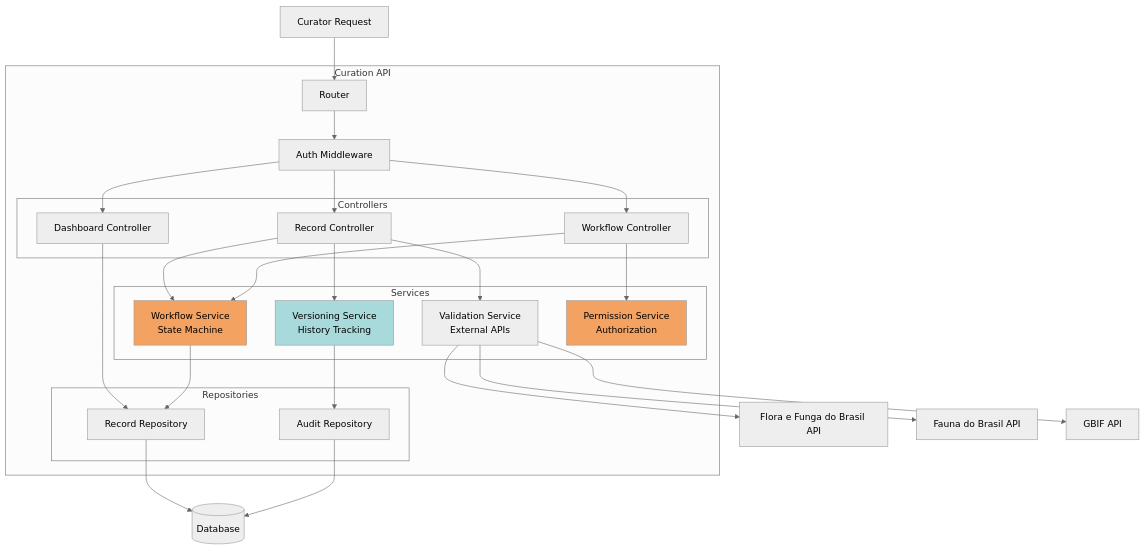
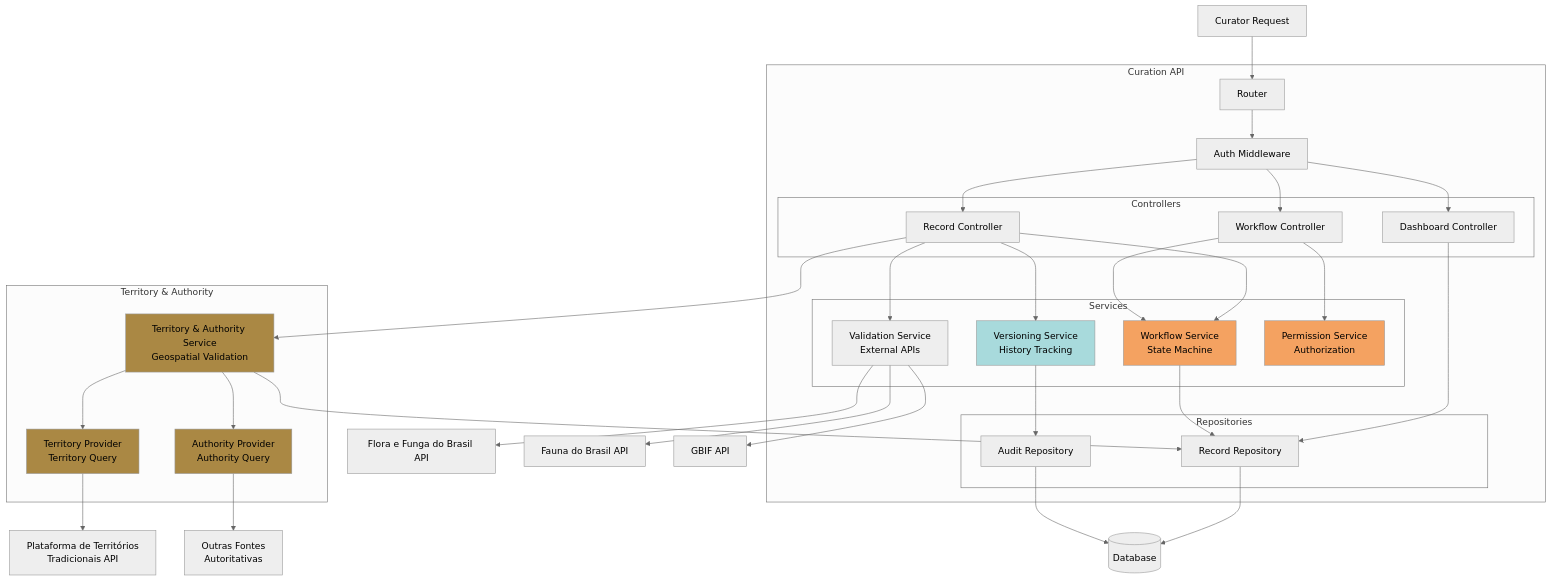
One commit to edalcin/etnoArquitetura changed the third of 5 diagrams in docs/c4-model/03-component-diagram.md. Above: the diagram before and after it, drawn with Mermaid (neutral theme). The commit also changed other lines of this file and 4 other files, not shown here.

````diff
--- a/docs/c4-model/03-component-diagram.md
+++ b/docs/c4-model/03-component-diagram.md
@@ -357,52 +357,69 @@
 ```mermaid
 graph TB
     subgraph "Curation API"
         ROUTER2[Router]
         AUTH2[Auth Middleware]
 
         subgraph "Controllers"
             DC[Dashboard Controller]
             REC[Record Controller]
             WF[Workflow Controller]
         end
 
         subgraph "Services"
             WFS[Workflow Service<br/>State Machine]
             VS2[Validation Service<br/>External APIs]
             VERS[Versioning Service<br/>History Tracking]
             PERM[Permission Service<br/>Authorization]
         end
 
         subgraph "Repositories"
             RR2[Record Repository]
             AR[Audit Repository]
         end
     end
 
     EXT_REQ2[Curator Request] --> ROUTER2
     ROUTER2 --> AUTH2
     AUTH2 --> DC
     AUTH2 --> REC
     AUTH2 --> WF
 
     DC --> RR2
     REC --> WFS
     REC --> VS2
     REC --> VERS
     WF --> WFS
     WF --> PERM
 
     WFS --> RR2
     VERS --> AR
 
     VS2 --> FLORA[Flora e Funga do Brasil API]
     VS2 --> FAUNA[Fauna do Brasil API]
     VS2 --> GBIF[GBIF API]
 
+    subgraph "Territory & Authority"
+        TAS[Territory & Authority Service<br/>Geospatial Validation]
+        TP[Territory Provider<br/>Territory Query]
+        AP[Authority Provider<br/>Authority Query]
+    end
+
+    TAS --> TP
+    TAS --> AP
+    TP --> MPF[Plataforma de Territórios<br/>Tradicionais API]
+    AP --> AUTH_SRC[Outras Fontes<br/>Autoritativas]
+
+    REC --> TAS
+    TAS --> RR2
+
     RR2 --> DB2[(Database)]
     AR --> DB2
 
     style WFS fill:#f4a261
     style VERS fill:#a8dadc
     style PERM fill:#f4a261
+    style TAS fill:#aa8844
+    style TP fill:#aa8844
+    style AP fill:#aa8844
 ```
````
